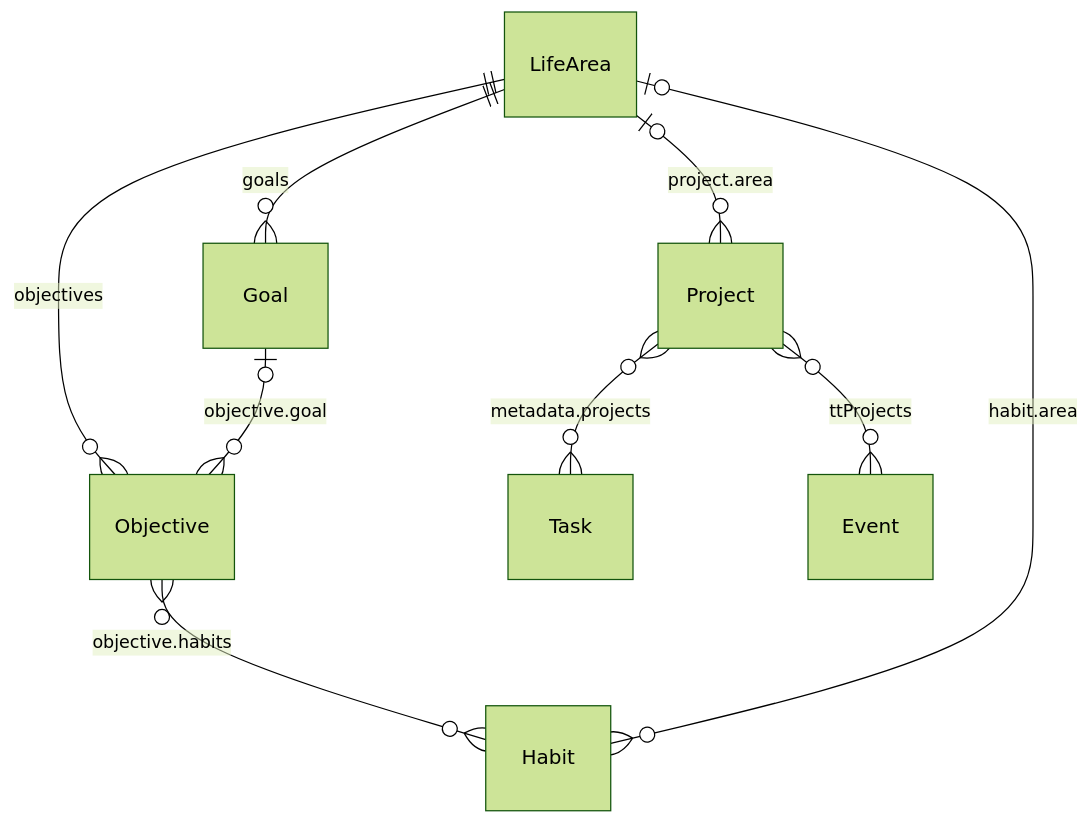
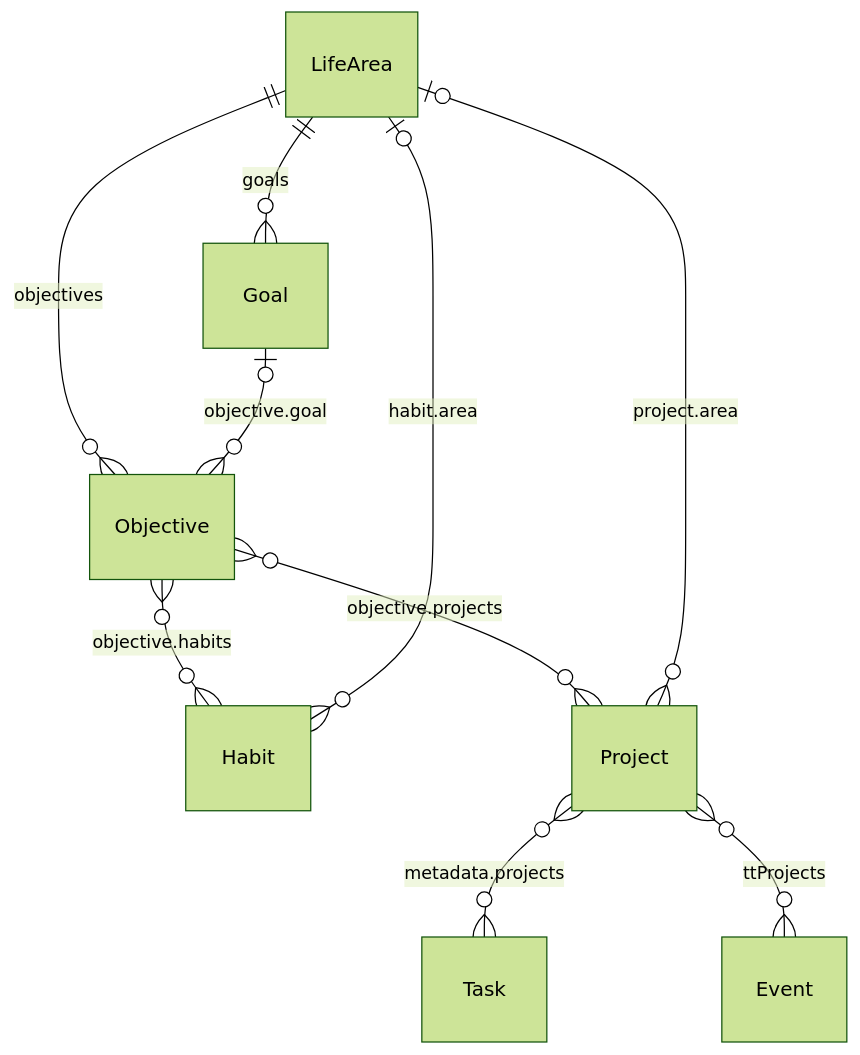
One commit to hyperupcall-projects/timeparagon changed the third of 3 diagrams in docs/data-model.md. Above: the diagram before and after it, drawn with Mermaid (forest theme). The commit also changed other lines of this file and 11 other files, not shown here.

````diff
--- a/docs/data-model.md
+++ b/docs/data-model.md
@@ -620,11 +620,12 @@
 ```mermaid
 erDiagram
     LifeArea ||--o{ Goal : goals
     LifeArea ||--o{ Objective : objectives
     Goal |o--o{ Objective : "objective.goal"
     Objective }o--o{ Habit : "objective.habits"
+    Objective }o--o{ Project : "objective.projects"
     LifeArea |o--o{ Project : "project.area"
     LifeArea |o--o{ Habit : "habit.area"
     Project }o--o{ Task : "metadata.projects"
     Project }o--o{ Event : "ttProjects"
 ```
````
